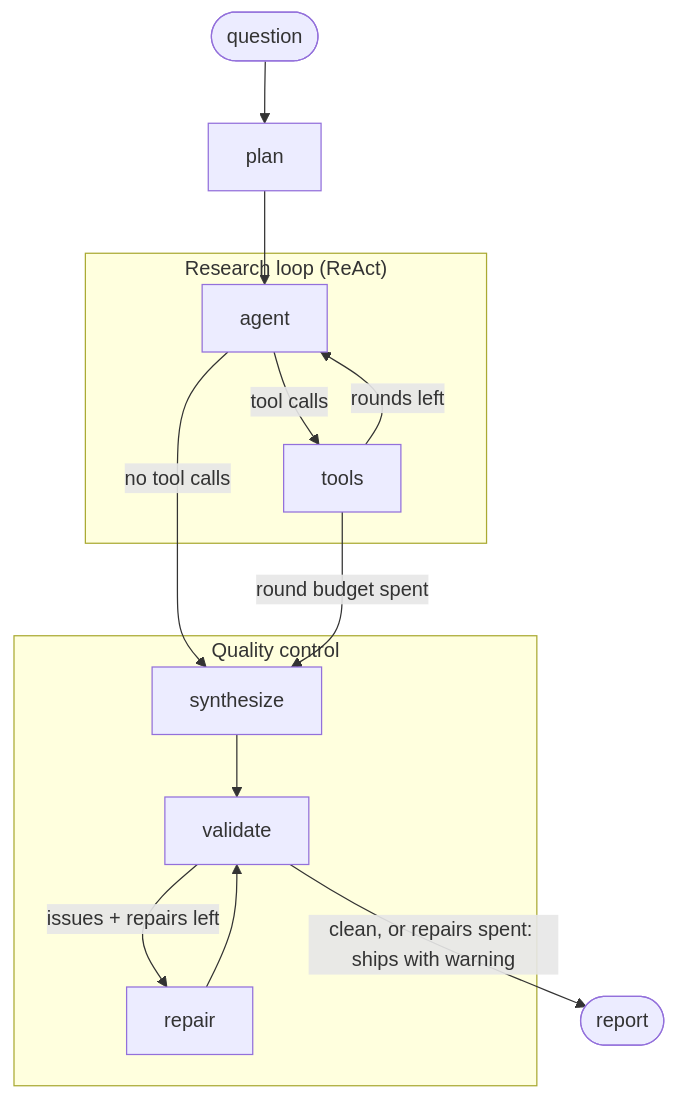
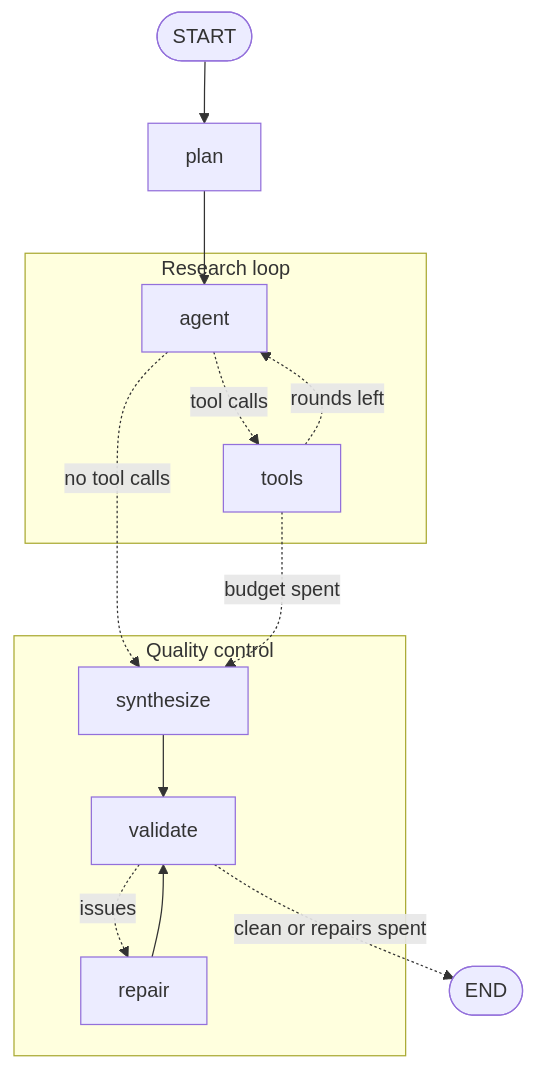
Before and after one commit to nilswern/research-agent: the diagram in README.md, drawn with Mermaid. The commit also changed other lines of this file, not shown here.

````diff
--- a/README.md
+++ b/README.md
@@ -26,21 +26,21 @@
 ```mermaid
-graph TD
-    START([question]) --> plan[plan]
-    plan --> agent
+flowchart TD
+    START([START]) --> plan
 
-    subgraph research ["Research loop (ReAct)"]
-        agent[agent] -->|tool calls| tools[tools]
-        tools -->|rounds left| agent
+    subgraph research [Research loop]
+        agent -. tool calls .-> tools
+        tools -. rounds left .-> agent
     end
 
-    agent -->|no tool calls| synthesize[synthesize]
-    tools -->|round budget spent| synthesize
+    plan --> agent
+    agent -. no tool calls .-> synthesize
+    tools -. budget spent .-> synthesize
 
-    subgraph quality ["Quality control"]
-        synthesize --> validate[validate]
-        validate -->|issues + repairs left| repair[repair]
+    subgraph quality [Quality control]
+        synthesize --> validate
+        validate -. issues .-> repair
         repair --> validate
     end
 
-    validate -->|clean, or repairs spent: ships with warning| END([report])
+    validate -. clean or repairs spent .-> END([END])
 ```
````
